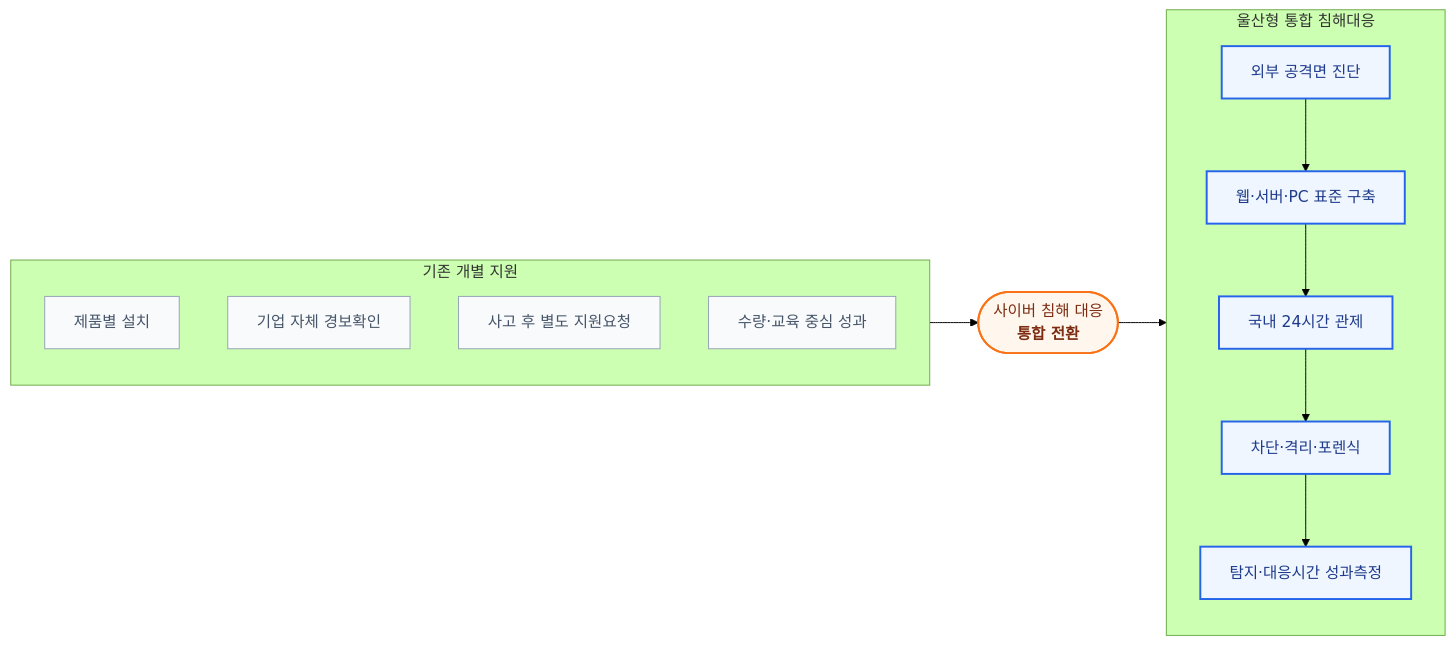
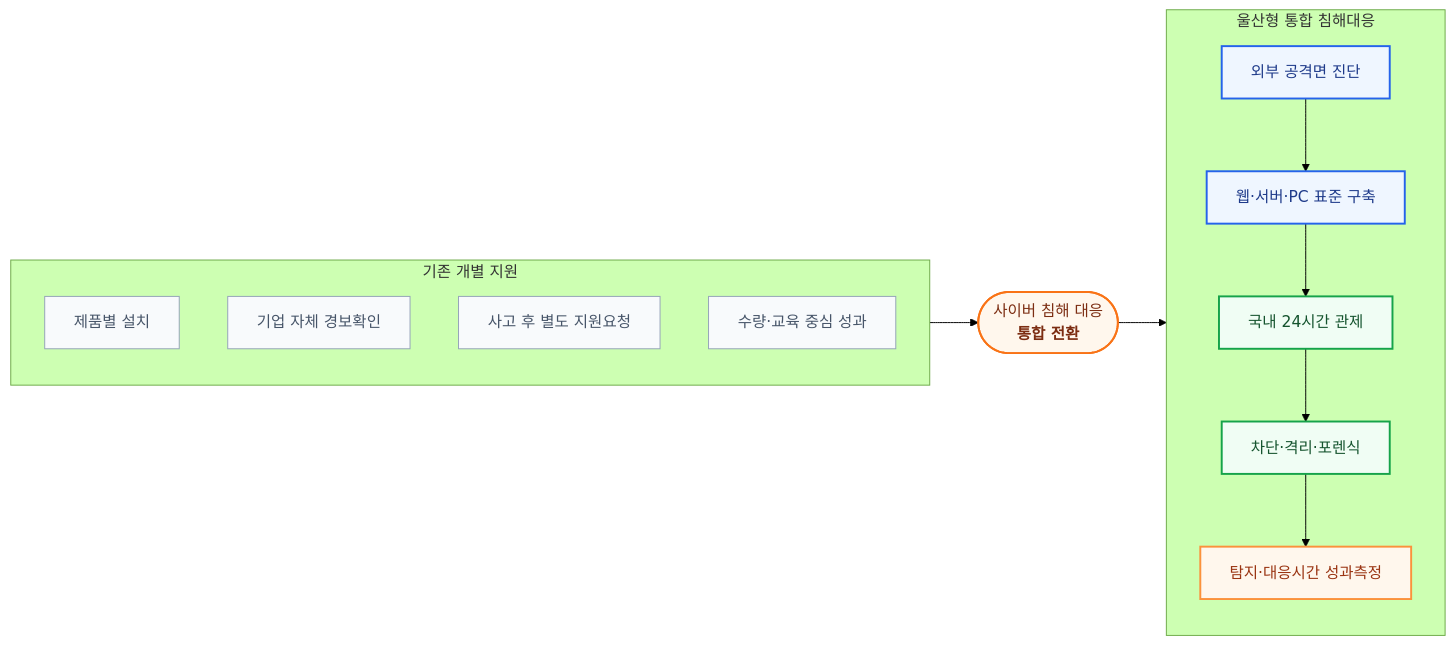
One commit to qubitsec/plura changed the third of 9 diagrams in ko/proposal/ulsan/ulsan-full.md. Above: the diagram before and after it, drawn with Mermaid (forest theme). The commit also changed other lines of this file, not shown here.

````diff
--- a/ko/proposal/ulsan/ulsan-full.md
+++ b/ko/proposal/ulsan/ulsan-full.md
@@ -350,31 +350,35 @@
 ```mermaid
 flowchart LR
     subgraph BEFORE["기존 개별 지원"]
         A1["제품별 설치"]
         A2["기업 자체 경보확인"]
         A3["사고 후 별도 지원요청"]
         A4["수량·교육 중심 성과"]
     end
 
     CHANGE(["사이버 침해 대응<br/><b>통합 전환</b>"])
 
     subgraph AFTER["울산형 통합 침해대응"]
         B1["외부 공격면 진단"]
         B2["웹·서버·PC 표준 구축"]
         B3["국내 24시간 관제"]
         B4["차단·격리·포렌식"]
         B5["탐지·대응시간 성과측정"]
 
         B1 --> B2 --> B3 --> B4 --> B5
     end
 
     BEFORE --> CHANGE --> AFTER
 
     classDef before fill:#f8fafc,stroke:#94a3b8,color:#475569;
     classDef change fill:#fff7ed,stroke:#f97316,stroke-width:2px,color:#7c2d12;
-    classDef after fill:#eff6ff,stroke:#2563eb,stroke-width:2px,color:#1e3a8a;
+    classDef plan fill:#eff6ff,stroke:#2563eb,stroke-width:2px,color:#1e3a8a;
+    classDef operate fill:#f0fdf4,stroke:#16a34a,stroke-width:2px,color:#14532d;
+    classDef outcome fill:#fff7ed,stroke:#fb923c,stroke-width:2px,color:#9a3412;
 
     class A1,A2,A3,A4 before;
     class CHANGE change;
-    class B1,B2,B3,B4,B5 after;
+    class B1,B2 plan;
+    class B3,B4 operate;
+    class B5 outcome;
 ```
````
